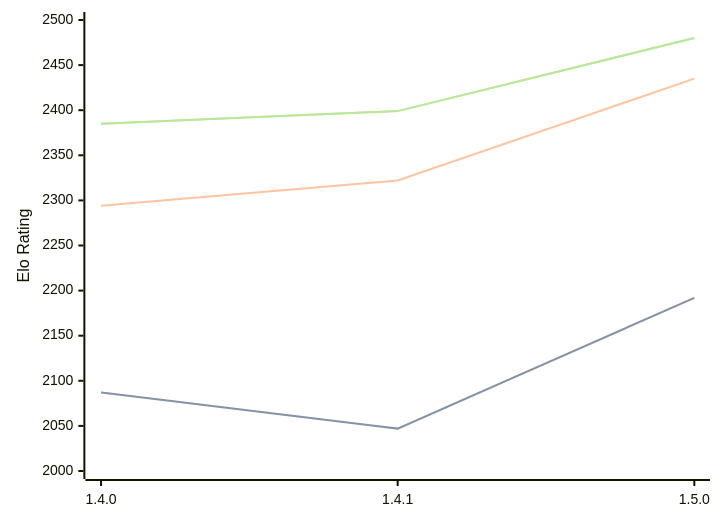
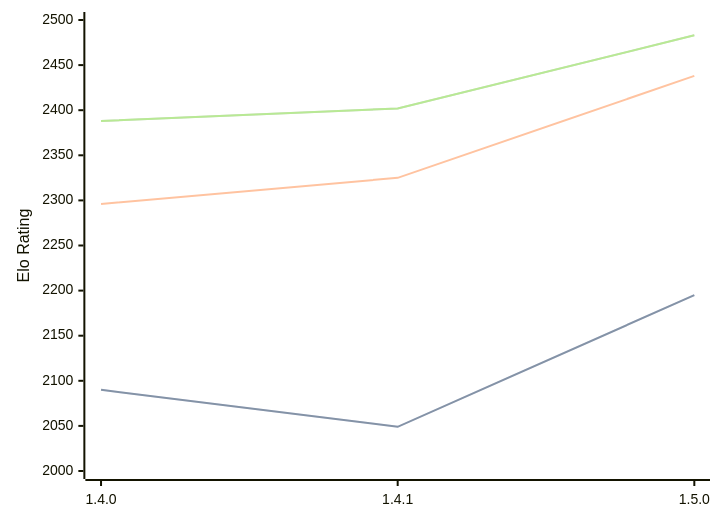
One commit to computer-chess-index/cci changed the diagram in engines/Tofiks.md. Above: the diagram before and after it, drawn with Mermaid. The commit also changed other lines of this file, not shown here.

Commit message:
Update CCI Ratings (ELO VLTC) - 2026-09-24

````diff
--- a/engines/Tofiks.md
+++ b/engines/Tofiks.md
@@ -33,11 +33,11 @@
 ```mermaid
 %%{init: {"theme":"base","themeVariables":{"seriesColors:['#a3a3a3','#222221','#faa371']}}}%%
 xychart-beta
   x-axis ["1.4.0", "1.4.1", "1.5.0"]
   y-axis "Elo Rating" 2000 --> 2500
-  line "" [2087, 2047, 2192]
-  line "STC (8.0+0.08s)" [2087, 2047, 2192]
-  line "LTC (60.0+0.60s)" [2294, 2322, 2435]
-  line "" [2385, 2399, 2480]
-  line "VLTC (2m24s+1.12s)" [2385, 2399, 2480]
+  line "" [2090, 2049, 2195]
+  line "STC (8.0+0.08s)" [2090, 2049, 2195]
+  line "LTC (60.0+0.60s)" [2296, 2325, 2438]
+  line "" [2388, 2402, 2483]
+  line "VLTC (2m24s+1.12s)" [2388, 2402, 2483]
 ```
````
